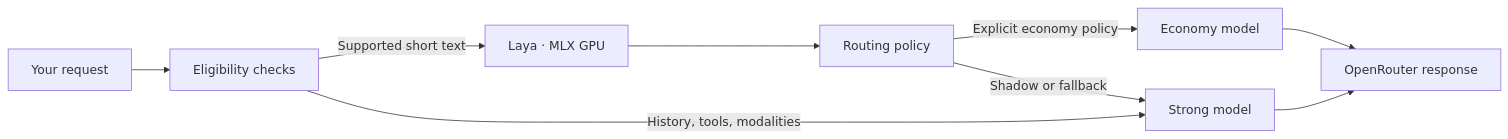
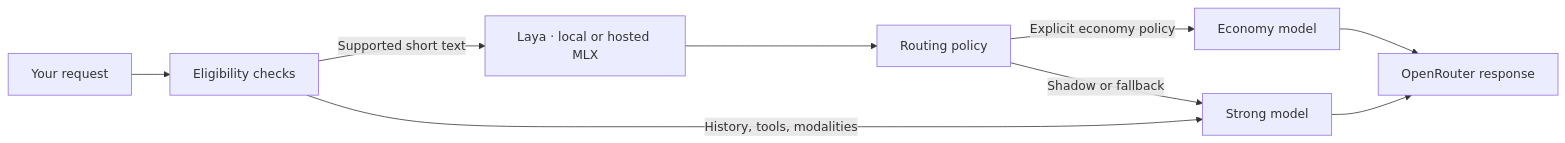
The diagram in README.md (AmRitJain0442/Tern), drawn with Mermaid before and after one commit. The commit also changed other lines of this file and 11 other files, not shown here.

````diff
--- a/README.md
+++ b/README.md
@@ -96,11 +114,11 @@
 ```mermaid
 flowchart LR
     A[Your request] --> B[Eligibility checks]
-    B -->|Supported short text| C[Laya · MLX GPU]
+    B -->|Supported short text| C[Laya · local or hosted MLX]
     B -->|History, tools, modalities| E[Strong model]
     C --> D[Routing policy]
     D -->|Explicit economy policy| F[Economy model]
     D -->|Shadow or fallback| E
     F --> G[OpenRouter response]
     E --> G
 ```
````
